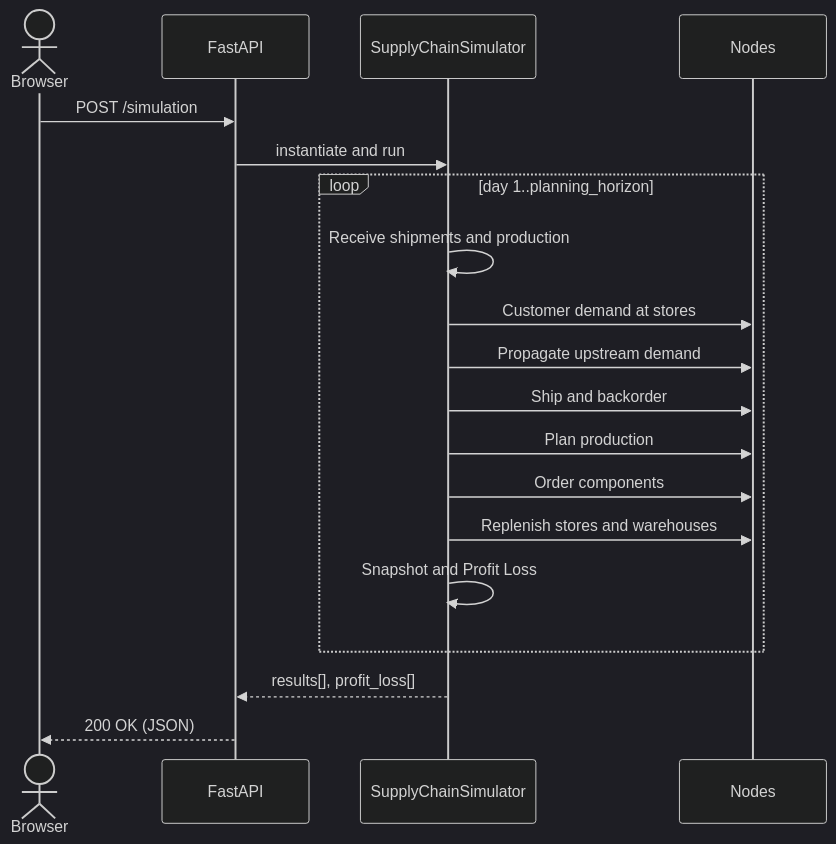
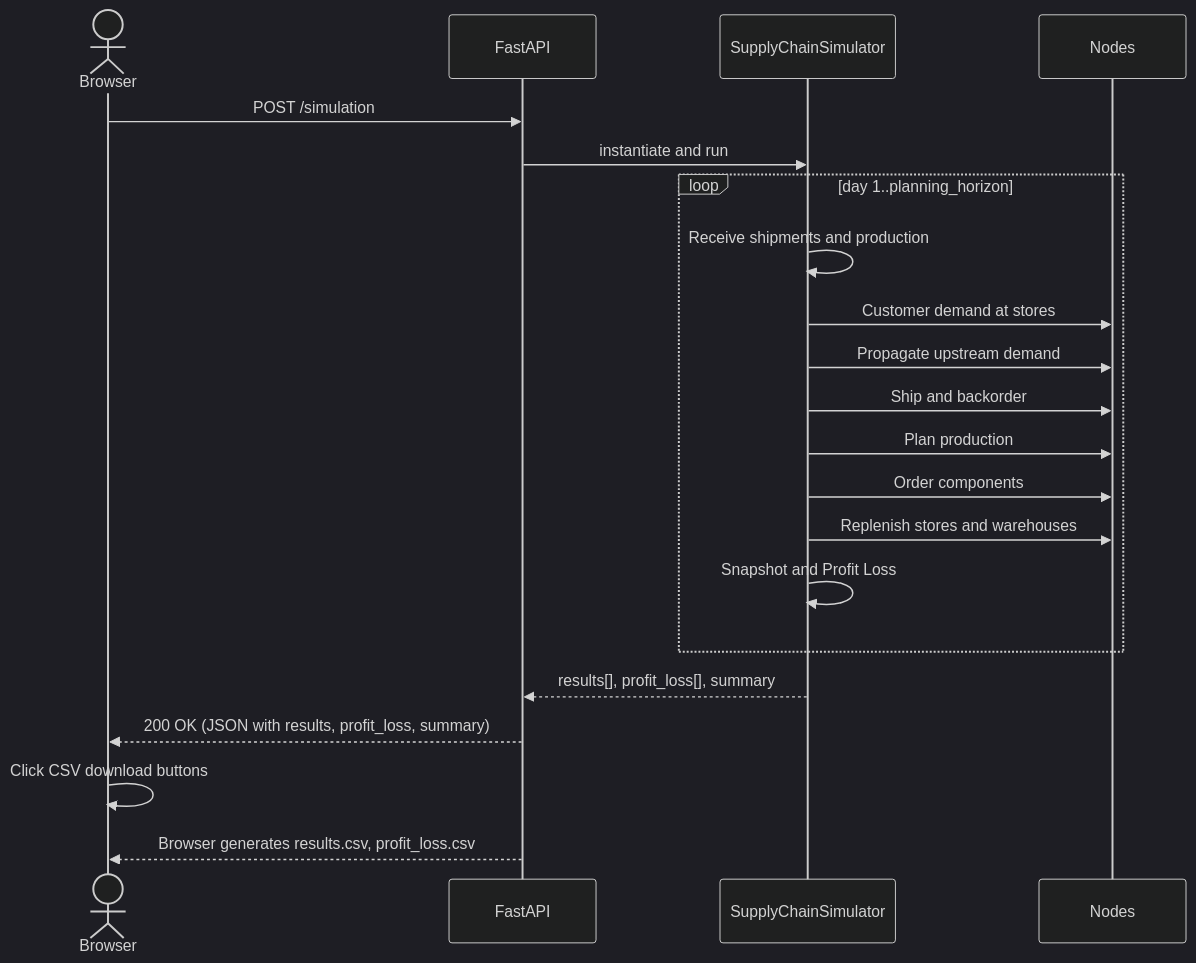
The third of 3 diagrams in README.md (miumigy/scpln), drawn with Mermaid (dark theme) before and after one commit. The commit also changed other lines of this file, not shown here.

Commit message:
docs: シミュレーション出力にサマリ/CSV記載を追加し、シーケンス図にsummaryとCSV操作を反映

````diff
--- a/README.md
+++ b/README.md
@@ -423,22 +431,24 @@
 ```mermaid
 sequenceDiagram
   actor User as Browser
   participant API as FastAPI
   participant Sim as SupplyChainSimulator
   participant Nodes as Nodes
 
   User->>API: POST /simulation
   API->>Sim: instantiate and run
   loop day 1..planning_horizon
     Sim->>Sim: Receive shipments and production
     Sim->>Nodes: Customer demand at stores
     Sim->>Nodes: Propagate upstream demand
     Sim->>Nodes: Ship and backorder
     Sim->>Nodes: Plan production
     Sim->>Nodes: Order components
     Sim->>Nodes: Replenish stores and warehouses
     Sim->>Sim: Snapshot and Profit Loss
   end
-  Sim-->>API: results[], profit_loss[]
-  API-->>User: 200 OK (JSON)
+  Sim-->>API: results[], profit_loss[], summary
+  API-->>User: 200 OK (JSON with results, profit_loss, summary)
+  User->>User: Click CSV download buttons
+  API-->>User: Browser generates results.csv, profit_loss.csv
 ```
````
